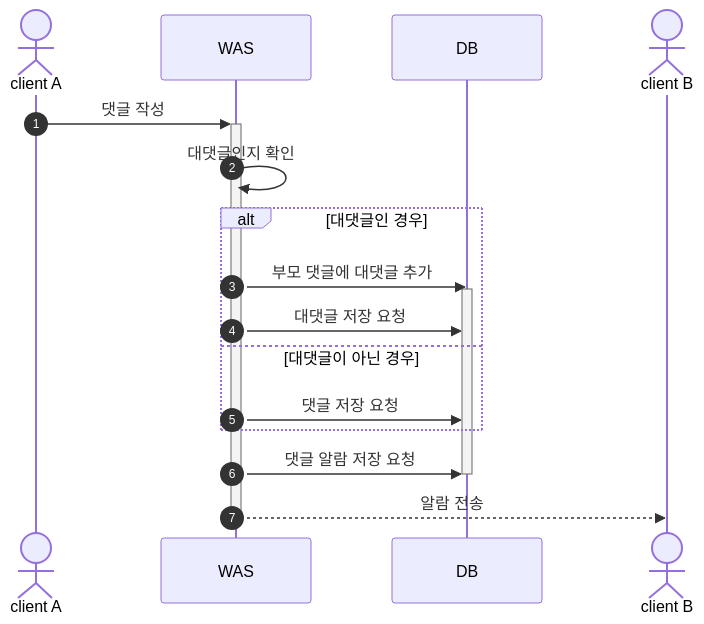
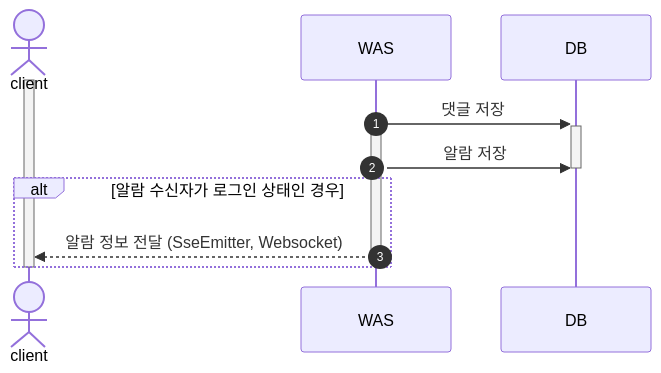
The fifth of 5 diagrams in README.md (JadeKim042386/My3D), drawn with Mermaid before and after one commit. The commit also changed other lines of this file and 8 other files, not shown here.

````diff
--- a/README.md
+++ b/README.md
@@ -181,18 +193,14 @@
 ```mermaid
 sequenceDiagram
     autonumber
-    actor client A
-    client A ->>+ WAS: 댓글 작성
-    WAS ->> WAS: 대댓글인지 확인
-    alt 대댓글인 경우
-        WAS ->> DB: 부모 댓글에 대댓글 추가
-        activate DB
-        WAS ->> DB: 대댓글 저장 요청
-    else 대댓글이 아닌 경우
-        WAS ->> DB: 댓글 저장 요청
+    actor client
+    activate client
+    WAS ->>+ DB: 댓글 저장
+    activate WAS
+    WAS ->> DB: 알람 저장
+    deactivate DB
+    alt 알람 수신자가 로그인 상태인 경우
+      WAS -->>- client: 알람 정보 전달 (SseEmitter, Websocket)
     end
-    WAS ->> DB: 댓글 알람 저장 요청
-    deactivate DB
-    actor client B
-    WAS -->>- client B: 알람 전송
+    deactivate client
 ```
````
